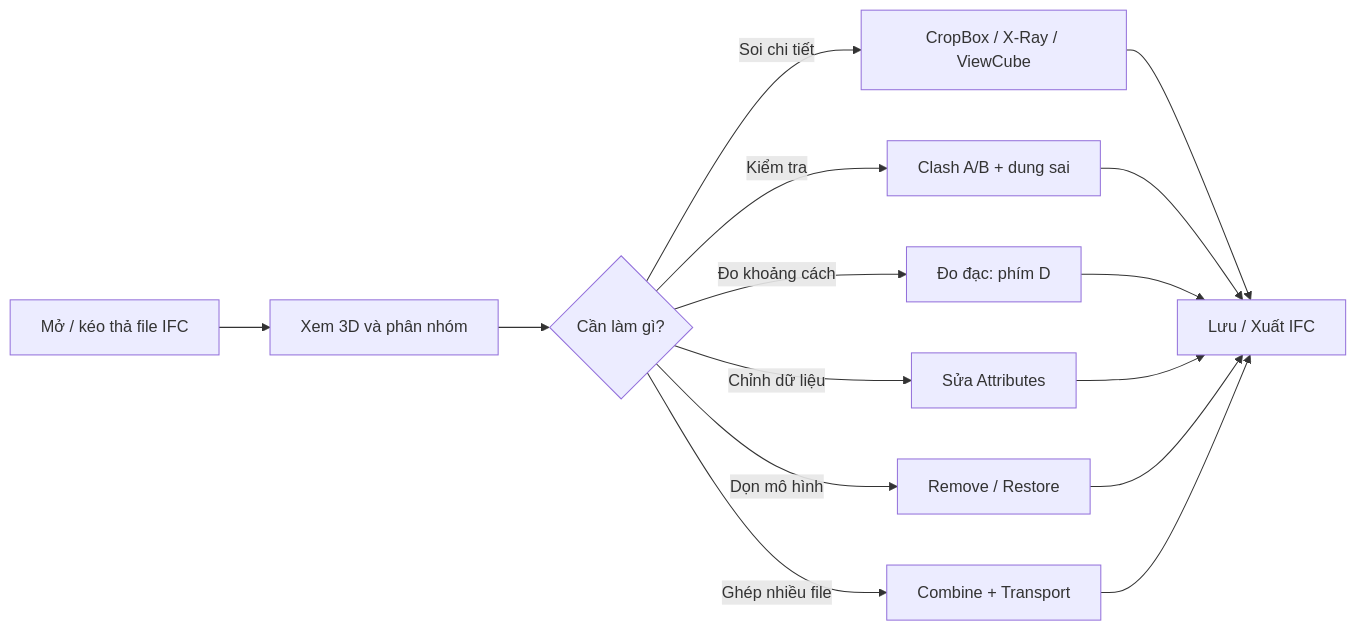
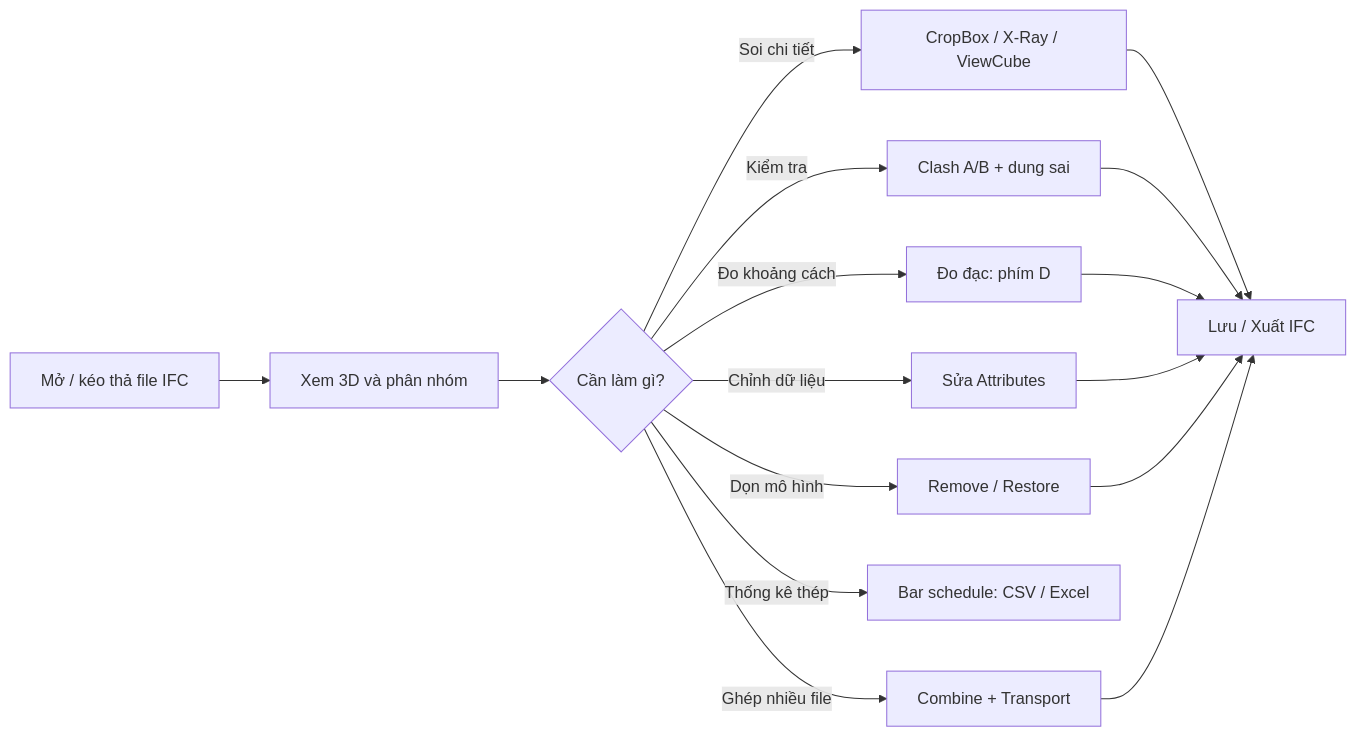
One commit to 4431thuc/HTML_7_IFC_editor changed the first of 3 diagrams in README.md. Above: the diagram before and after it, drawn with Mermaid. The commit also changed other lines of this file and 23 other files, not shown here.

````diff
--- a/README.md
+++ b/README.md
@@ -28,17 +30,18 @@
 ```mermaid
 flowchart LR
     A[Mở / kéo thả file IFC] --> B[Xem 3D và phân nhóm]
     B --> C{Cần làm gì?}
     C -->|Soi chi tiết| D[CropBox / X-Ray / ViewCube]
     C -->|Kiểm tra| E[Clash A/B + dung sai]
     C -->|Đo khoảng cách| M[Đo đạc: phím D]
     C -->|Chỉnh dữ liệu| F[Sửa Attributes]
     C -->|Dọn mô hình| G[Remove / Restore]
+    C -->|Thống kê thép| S[Bar schedule: CSV / Excel]
     C -->|Ghép nhiều file| H[Combine + Transport]
     D --> I[Lưu / Xuất IFC]
     E --> I
     M --> I
     F --> I
     G --> I
     H --> I
 ```
````
